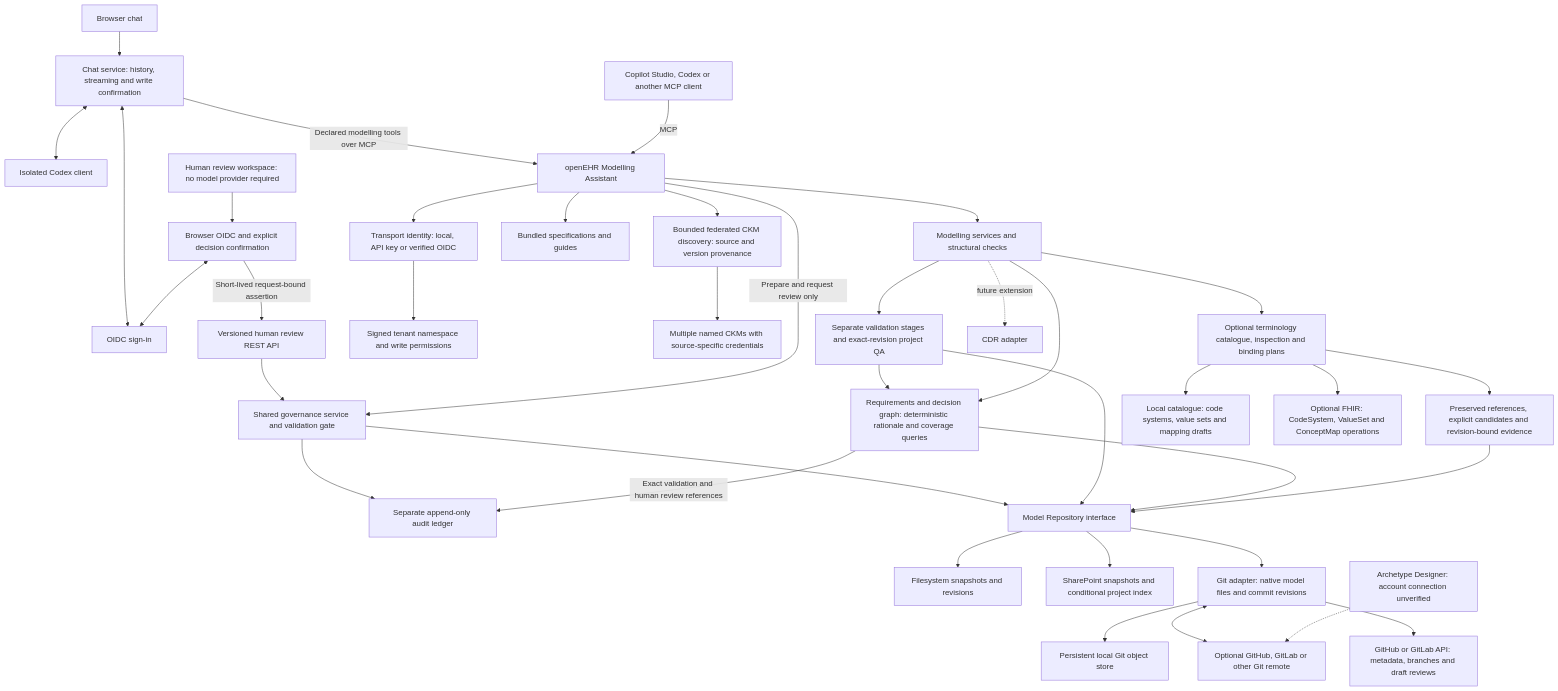
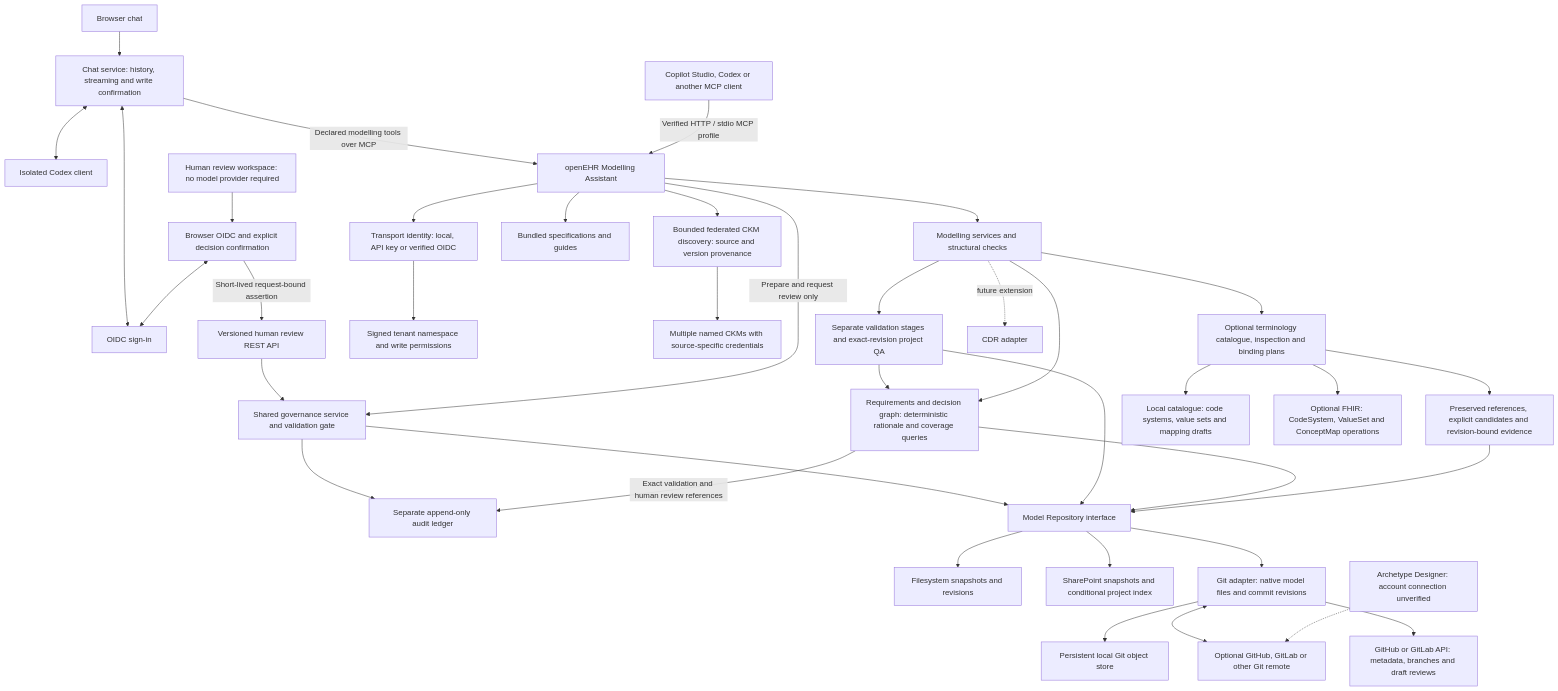
One commit to CzarMich/openehr-modelling-assistant changed the first of 2 diagrams in README.md. Above: the diagram before and after it, drawn with Mermaid. The commit also changed other lines of this file and 50 other files, not shown here.

Commit message:
fix(mcp): verify advertised profile and close protocol gate

````diff
--- a/README.md
+++ b/README.md
@@ -100,40 +100,40 @@
 ```mermaid
 flowchart TD
     U[Browser chat] --> W[Chat service: history, streaming and write confirmation]
     W <--> I[OIDC sign-in]
     W <--> AIC[Isolated Codex client]
     W -->|Declared modelling tools over MCP| S[openEHR Modelling Assistant]
     HU[Human review workspace: no model provider required] --> HR[Browser OIDC and explicit decision confirmation]
     HR <--> I
     HR -->|Short-lived request-bound assertion| RA[Versioned human review REST API]
     RA --> GV[Shared governance service and validation gate]
     S -->|Prepare and request review only| GV
     GV --> AU[Separate append-only audit ledger]
     GV --> R
-    M[Copilot Studio, Codex or another MCP client] -->|MCP| S[openEHR Modelling Assistant]
+    M[Copilot Studio, Codex or another MCP client] -->|Verified HTTP / stdio MCP profile| S[openEHR Modelling Assistant]
     S --> ID[Transport identity: local, API key or verified OIDC]
     ID --> TEN[Signed tenant namespace and write permissions]
     S --> FK[Bounded federated CKM discovery: source and version provenance]
     FK --> K[Multiple named CKMs with source-specific credentials]
     S --> B[Bundled specifications and guides]
     S --> D[Modelling services and structural checks]
     D --> VQ[Separate validation stages and exact-revision project QA]
     VQ --> R[Model Repository interface]
     VQ --> TG
     D --> TG[Requirements and decision graph: deterministic rationale and coverage queries]
     TG --> R
     TG -->|Exact validation and human review references| AU
     R --> F[Filesystem snapshots and revisions]
     R --> SP[SharePoint snapshots and conditional project index]
     R --> G[Git adapter: native model files and commit revisions]
     G --> O[Persistent local Git object store]
     G <--> H[Optional GitHub, GitLab or other Git remote]
     G --> HP[GitHub or GitLab API: metadata, branches and draft reviews]
     A[Archetype Designer: account connection unverified] -.-> H
     D --> T[Optional terminology catalogue, inspection and binding plans]
     T --> BP[Preserved references, explicit candidates and revision-bound evidence]
     BP --> R
     T --> L[Local catalogue: code systems, value sets and mapping drafts]
     T --> E[Optional FHIR: CodeSystem, ValueSet and ConceptMap operations]
     D -. future extension .-> C[CDR adapter]
 ```
````
